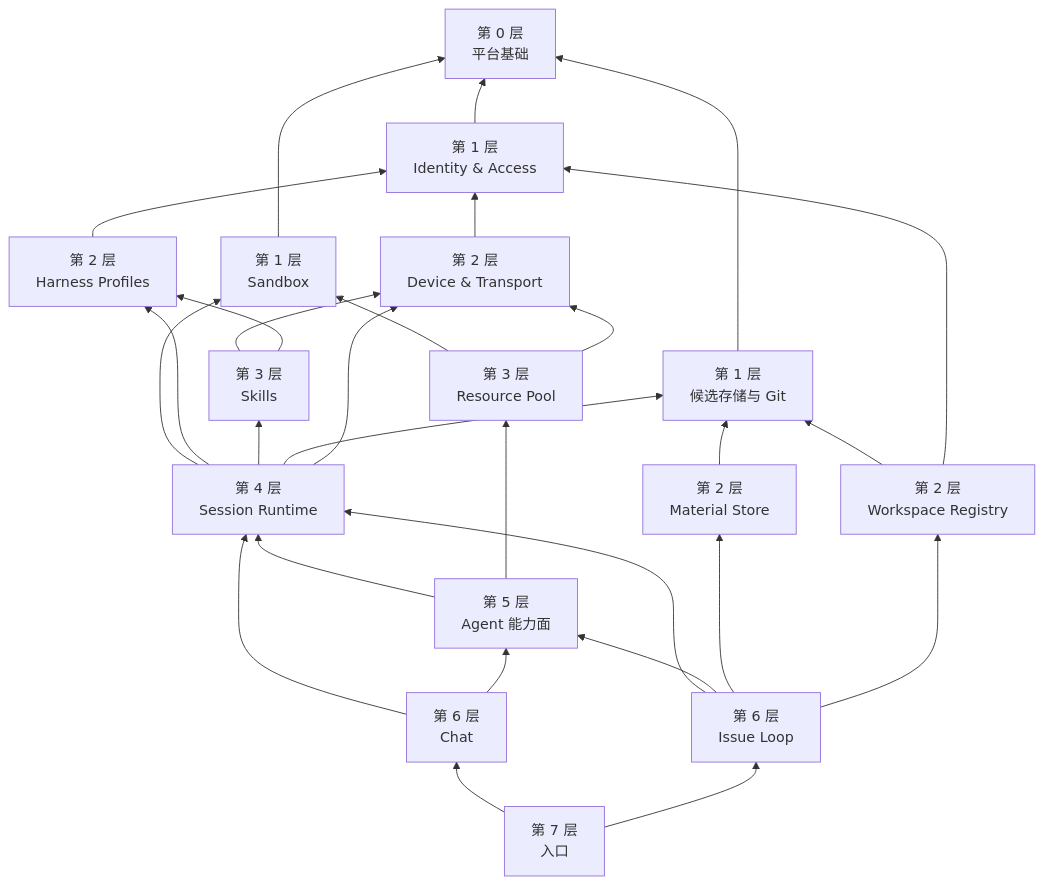
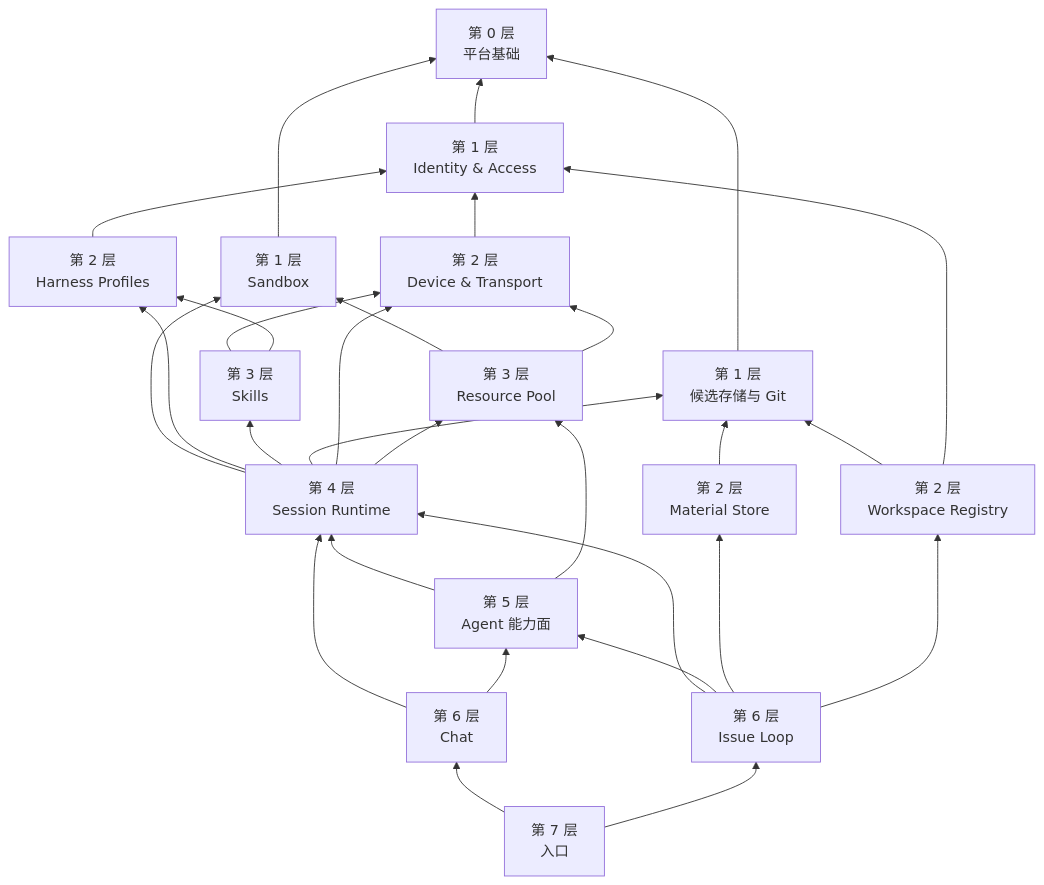
The second of 2 diagrams in docs/architecture-modules.md (BD777/foundry), drawn with Mermaid before and after one commit. The commit also changed other lines of this file and 25 other files, not shown here.

````diff
--- a/docs/architecture-modules.md
+++ b/docs/architecture-modules.md
@@ -97,45 +97,46 @@
 ```mermaid
 flowchart BT
     P["第 0 层<br/>平台基础"]
     ID["第 1 层<br/>Identity & Access"]
     SB["第 1 层<br/>Sandbox"]
     CS["第 1 层<br/>候选存储与 Git"]
     TR["第 2 层<br/>Device & Transport"]
     WR["第 2 层<br/>Workspace Registry"]
     MS["第 2 层<br/>Material Store"]
     HP["第 2 层<br/>Harness Profiles"]
     SK["第 3 层<br/>Skills"]
     RP["第 3 层<br/>Resource Pool"]
     SR["第 4 层<br/>Session Runtime"]
     AS["第 5 层<br/>Agent 能力面"]
     CH["第 6 层<br/>Chat"]
     IL["第 6 层<br/>Issue Loop"]
     EN["第 7 层<br/>入口"]
     ID --> P
     SB --> P
     CS --> P
     TR --> ID
     WR --> CS
     WR --> ID
     MS --> CS
     HP --> ID
     SK --> TR
     SK --> HP
     RP --> SB
     RP --> TR
     SR --> SB
     SR --> HP
     SR --> SK
     SR --> CS
     SR --> TR
+    SR --> RP
     AS --> SR
     AS --> RP
     CH --> SR
     CH --> AS
     IL --> SR
     IL --> AS
     IL --> MS
     IL --> WR
     EN --> CH
     EN --> IL
 ```
````
